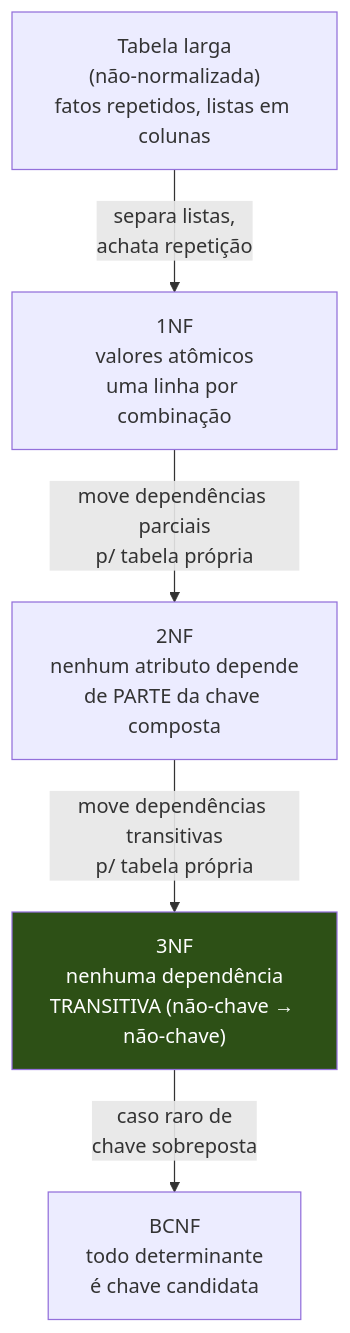
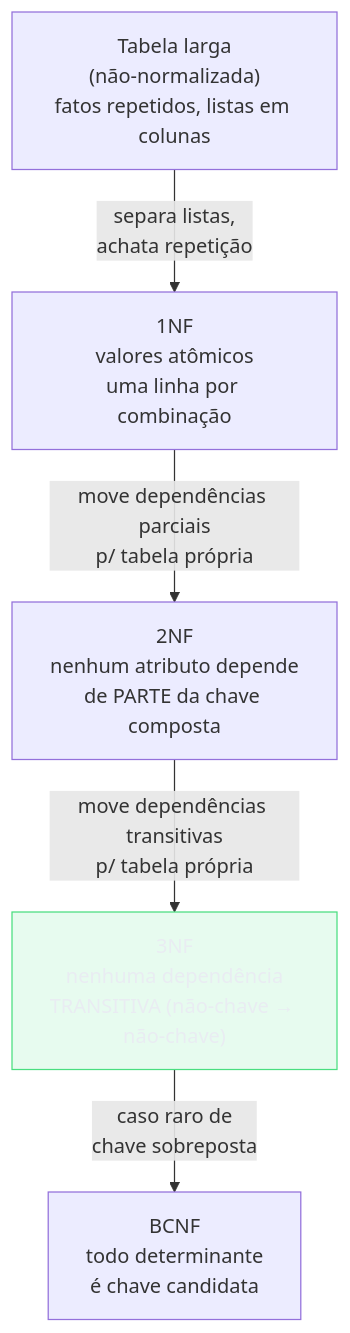
The first of 6 diagrams in 03-Dominios/Ciência/Banco de Dados/04 - Modelagem e normalização.md (josenaldo/codex-technomanticus), drawn with Mermaid before and after one commit. The commit also changed other lines of this file and 1181 other files, not shown here.

First line of the commit message:
fix(diagramas): paleta do sistema no lugar de cor cravada no markdown

````diff
--- a/03-Dominios/Ciência/Banco de Dados/04 - Modelagem e normalização.md
+++ b/03-Dominios/Ciência/Banco de Dados/04 - Modelagem e normalização.md
@@ -57,15 +57,16 @@
 ```mermaid
 flowchart TD
+    classDef ok fill:#4ADE8021,stroke:#4ADE80,color:#E9ECF2
     NF0["Tabela larga<br/>(não-normalizada)<br/>fatos repetidos, listas em colunas"]
     NF1["1NF<br/>valores atômicos<br/>uma linha por combinação"]
     NF2["2NF<br/>nenhum atributo depende<br/>de PARTE da chave composta"]
     NF3["3NF<br/>nenhuma dependência<br/>TRANSITIVA (não-chave → não-chave)"]
     BCNF["BCNF<br/>todo determinante<br/>é chave candidata"]
 
     NF0 -->|"separa listas,<br/>achata repetição"| NF1
     NF1 -->|"move dependências parciais<br/>p/ tabela própria"| NF2
     NF2 -->|"move dependências transitivas<br/>p/ tabela própria"| NF3
     NF3 -->|"caso raro de<br/>chave sobreposta"| BCNF
 
-    style NF3 fill:#2d5016,color:#fff
+    class NF3 ok
 ```
````
